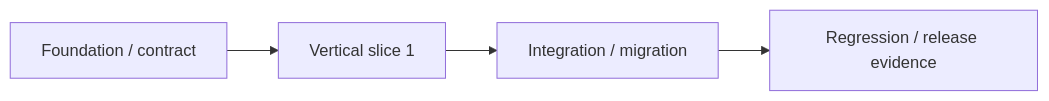
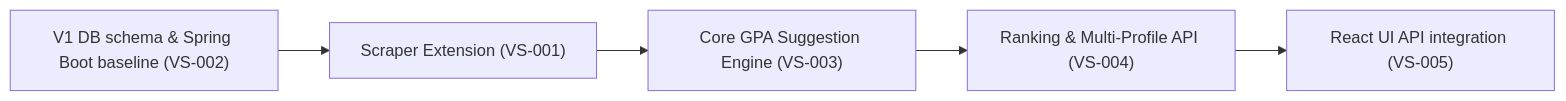
The diagram in 04-Implementation/IMPLEMENTATION_PLAN.md (nqtienvn/japanese), drawn with Mermaid before and after one commit. The commit also changed other lines of this file and 89 other files, not shown here.

````diff
--- a/04-Implementation/IMPLEMENTATION_PLAN.md
+++ b/04-Implementation/IMPLEMENTATION_PLAN.md
@@ -29,6 +33,7 @@
 ```mermaid
 flowchart LR
-    A["Foundation / contract"] --> B["Vertical slice 1"]
-    B --> C["Integration / migration"]
-    C --> D["Regression / release evidence"]
+    A["V1 DB schema & Spring Boot baseline (VS-002)"] --> B["Scraper Extension (VS-001)"]
+    B --> C["Core GPA Suggestion Engine (VS-003)"]
+    C --> D["Ranking & Multi-Profile API (VS-004)"]
+    D --> E["React UI API integration (VS-005)"]
 ```
````
